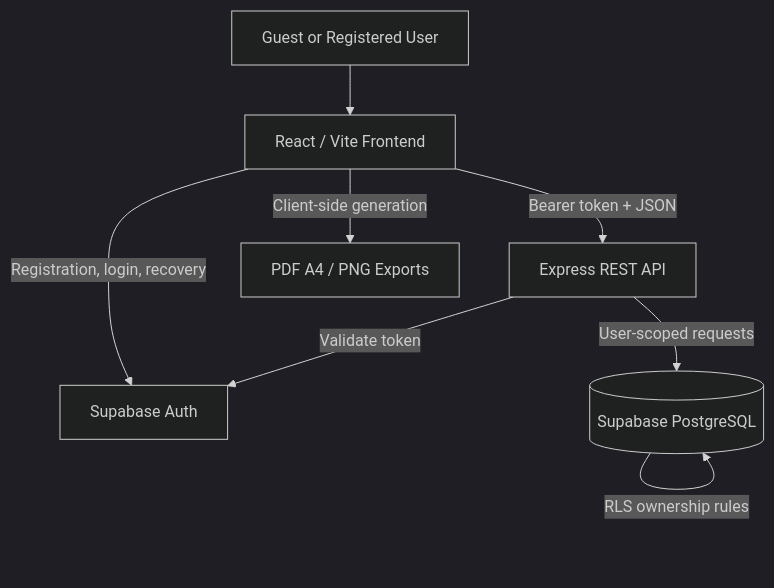
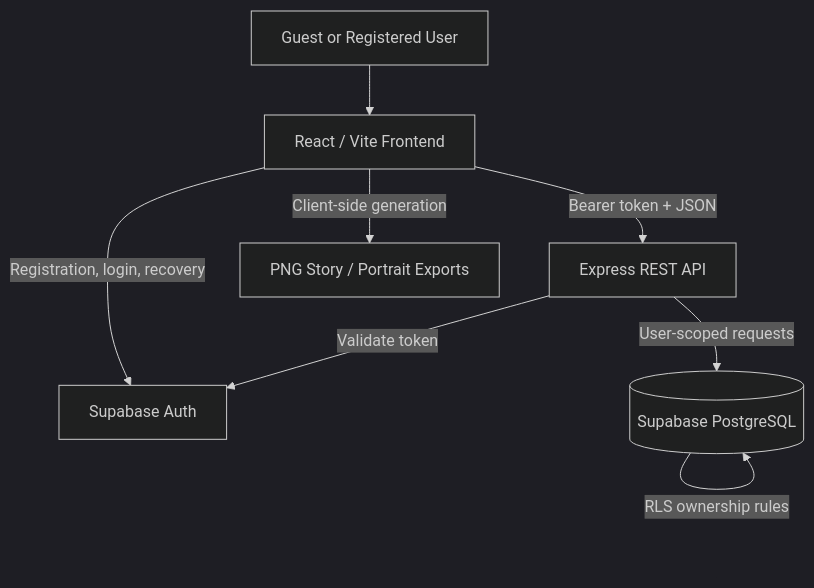
Before and after one commit to AlexandroLeao/rpg-character-creator: the diagram in docs/architecture.md, drawn with Mermaid (dark theme). The commit also changed other lines of this file, not shown here.

Commit message:
docs: document current character and PNG architecture

````diff
--- a/docs/architecture.md
+++ b/docs/architecture.md
@@ -15,10 +15,10 @@
 ```mermaid
 flowchart TD
     U[Guest or Registered User] --> F[React / Vite Frontend]
     F -->|Registration, login, recovery| A[Supabase Auth]
     F -->|Bearer token + JSON| B[Express REST API]
     B -->|Validate token| A
     B -->|User-scoped requests| D[(Supabase PostgreSQL)]
     D -->|RLS ownership rules| D
-    F -->|Client-side generation| E[PDF A4 / PNG Exports]
+    F -->|Client-side generation| E[PNG Story / Portrait Exports]
 ```
````
